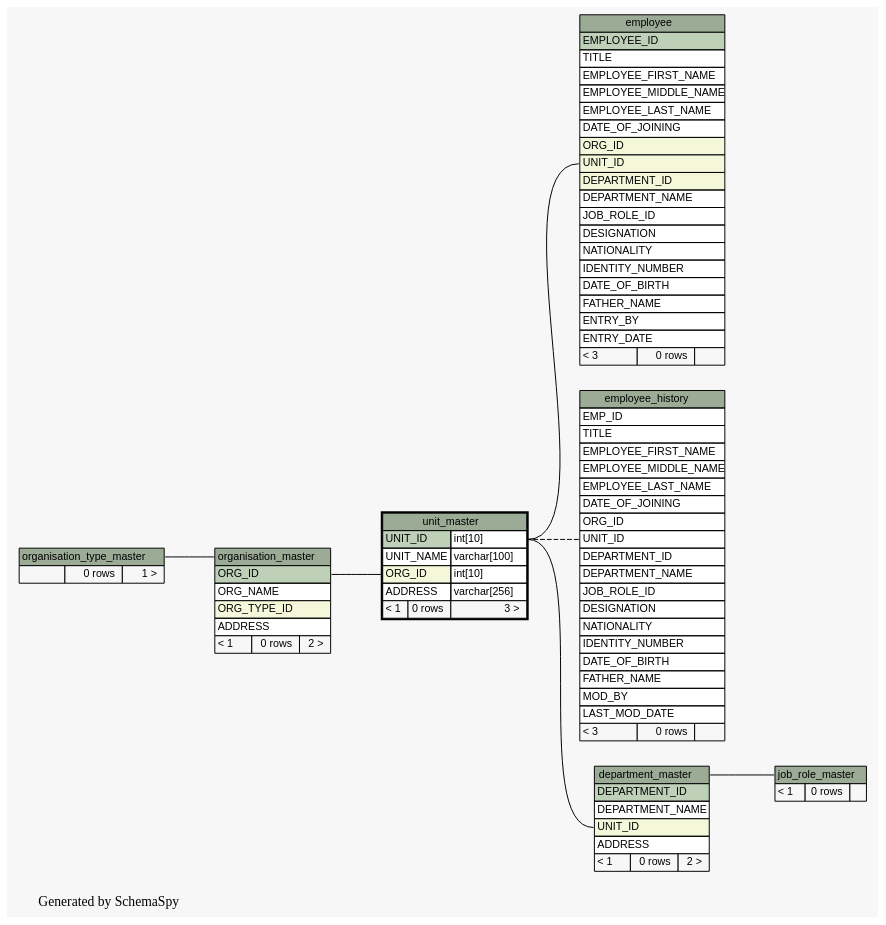
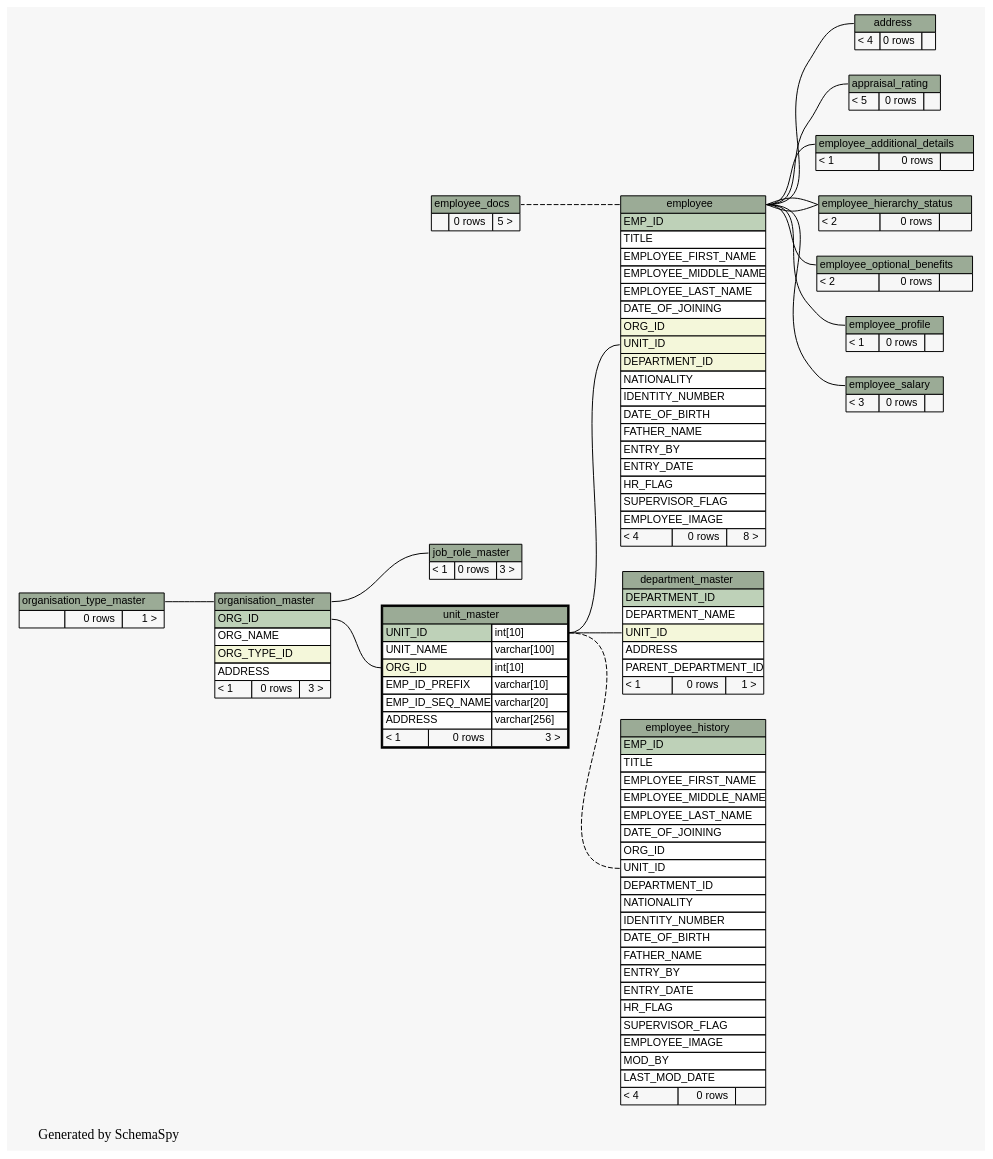
The diagram in docs/database/schemaspy/graphs/unit_master.implied2degrees.dot (engineerscraft/hrms), drawn with Graphviz before and after one commit. The commit also changed 168 other files, not shown here.

Commit message:
Database script modified and schemaspy doc generated

```diff
--- a/docs/database/schemaspy/graphs/unit_master.implied2degrees.dot
+++ b/docs/database/schemaspy/graphs/unit_master.implied2degrees.dot
@@ -14,12 +14,39 @@
   edge [
     arrowsize="0.8"
   ];
+  "address":"address.heading":w -> "employee":"employee.heading":e [arrowtail=tee arrowhead=none];
+  "appraisal_rating":"appraisal_rating.heading":w -> "employee":"employee.heading":e [arrowtail=crowtee arrowhead=none];
   "department_master":"UNIT_ID":w -> "unit_master":"UNIT_ID.type":e [arrowtail=crowodot arrowhead=none];
+  "employee":"employee.heading":w -> "employee_docs":"employee_docs.heading":e [arrowtail=tee arrowhead=none style=dashed];
   "employee":"UNIT_ID":w -> "unit_master":"UNIT_ID.type":e [arrowtail=crowodot arrowhead=none];
+  "employee_additional_details":"employee_additional_details.heading":w -> "employee":"employee.heading":e [arrowtail=tee arrowhead=none];
+  "employee_hierarchy_status":"employee_hierarchy_status.heading":w -> "employee":"employee.heading":e [arrowtail=tee arrowhead=none];
+  "employee_hierarchy_status":"employee_hierarchy_status.heading":w -> "employee":"employee.heading":e [arrowtail=crowodot arrowhead=none];
   "employee_history":"UNIT_ID":w -> "unit_master":"UNIT_ID.type":e [arrowtail=crowodot arrowhead=none style=dashed];
-  "job_role_master":"job_role_master.heading":w -> "department_master":"department_master.heading":e [arrowtail=crowodot arrowhead=none];
+  "employee_optional_benefits":"employee_optional_benefits.heading":w -> "employee":"employee.heading":e [arrowtail=crowodot arrowhead=none];
+  "employee_profile":"employee_profile.heading":w -> "employee":"employee.heading":e [arrowtail=tee arrowhead=none];
+  "employee_salary":"employee_salary.heading":w -> "employee":"employee.heading":e [arrowtail=crowtee arrowhead=none];
+  "job_role_master":"job_role_master.heading":w -> "organisation_master":"organisation_master.heading":e [arrowtail=crowtee arrowhead=none];
   "organisation_master":"organisation_master.heading":w -> "organisation_type_master":"organisation_type_master.heading":e [arrowtail=crowodot arrowhead=none];
   "unit_master":"ORG_ID":w -> "organisation_master":"ORG_ID":e [arrowtail=crowodot arrowhead=none];
+  "address" [
+    label=<
+    <TABLE BORDER="0" CELLBORDER="1" CELLSPACING="0" BGCOLOR="#ffffff">
+      <TR><TD PORT="address.heading" COLSPAN="3" BGCOLOR="#9bab96" ALIGN="CENTER">address</TD></TR>
+      <TR><TD ALIGN="LEFT" BGCOLOR="#f7f7f7">&lt; 4</TD><TD ALIGN="RIGHT" BGCOLOR="#f7f7f7">0 rows</TD><TD ALIGN="RIGHT" BGCOLOR="#f7f7f7">  </TD></TR>
+    </TABLE>>
+    URL="address.html#graph"
+    tooltip="address"
+  ];
+  "appraisal_rating" [
+    label=<
+    <TABLE BORDER="0" CELLBORDER="1" CELLSPACING="0" BGCOLOR="#ffffff">
+      <TR><TD PORT="appraisal_rating.heading" COLSPAN="3" BGCOLOR="#9bab96" ALIGN="CENTER">appraisal_rating</TD></TR>
+      <TR><TD ALIGN="LEFT" BGCOLOR="#f7f7f7">&lt; 5</TD><TD ALIGN="RIGHT" BGCOLOR="#f7f7f7">0 rows</TD><TD ALIGN="RIGHT" BGCOLOR="#f7f7f7">  </TD></TR>
+    </TABLE>>
+    URL="appraisal_rating.html#graph"
+    tooltip="appraisal_rating"
+  ];
   "department_master" [
     label=<
     <TABLE BORDER="0" CELLBORDER="1" CELLSPACING="0" BGCOLOR="#ffffff">
@@ -28,7 +55,8 @@
       <TR><TD PORT="DEPARTMENT_NAME" COLSPAN="3" ALIGN="LEFT">DEPARTMENT_NAME</TD></TR>
       <TR><TD PORT="UNIT_ID" COLSPAN="3" BGCOLOR="#f4f7da" ALIGN="LEFT">UNIT_ID</TD></TR>
       <TR><TD PORT="ADDRESS" COLSPAN="3" ALIGN="LEFT">ADDRESS</TD></TR>
-      <TR><TD ALIGN="LEFT" BGCOLOR="#f7f7f7">&lt; 1</TD><TD ALIGN="RIGHT" BGCOLOR="#f7f7f7">0 rows</TD><TD ALIGN="RIGHT" BGCOLOR="#f7f7f7">2 &gt;</TD></TR>
+      <TR><TD PORT="PARENT_DEPARTMENT_ID" COLSPAN="3" ALIGN="LEFT">PARENT_DEPARTMENT_ID</TD></TR>
+      <TR><TD ALIGN="LEFT" BGCOLOR="#f7f7f7">&lt; 1</TD><TD ALIGN="RIGHT" BGCOLOR="#f7f7f7">0 rows</TD><TD ALIGN="RIGHT" BGCOLOR="#f7f7f7">1 &gt;</TD></TR>
     </TABLE>>
     URL="department_master.html#graph"
     tooltip="department_master"
@@ -37,7 +65,7 @@
     label=<
     <TABLE BORDER="0" CELLBORDER="1" CELLSPACING="0" BGCOLOR="#ffffff">
       <TR><TD PORT="employee.heading" COLSPAN="3" BGCOLOR="#9bab96" ALIGN="CENTER">employee</TD></TR>
-      <TR><TD PORT="EMPLOYEE_ID" COLSPAN="3" BGCOLOR="#bed1b8" ALIGN="LEFT">EMPLOYEE_ID</TD></TR>
+      <TR><TD PORT="EMP_ID" COLSPAN="3" BGCOLOR="#bed1b8" ALIGN="LEFT">EMP_ID</TD></TR>
       <TR><TD PORT="TITLE" COLSPAN="3" ALIGN="LEFT">TITLE</TD></TR>
       <TR><TD PORT="EMPLOYEE_FIRST_NAME" COLSPAN="3" ALIGN="LEFT">EMPLOYEE_FIRST_NAME</TD></TR>
       <TR><TD PORT="EMPLOYEE_MIDDLE_NAME" COLSPAN="3" ALIGN="LEFT">EMPLOYEE_MIDDLE_NAME</TD></TR>
@@ -46,25 +74,52 @@
       <TR><TD PORT="ORG_ID" COLSPAN="3" BGCOLOR="#f4f7da" ALIGN="LEFT">ORG_ID</TD></TR>
       <TR><TD PORT="UNIT_ID" COLSPAN="3" BGCOLOR="#f4f7da" ALIGN="LEFT">UNIT_ID</TD></TR>
       <TR><TD PORT="DEPARTMENT_ID" COLSPAN="3" BGCOLOR="#f4f7da" ALIGN="LEFT">DEPARTMENT_ID</TD></TR>
-      <TR><TD PORT="DEPARTMENT_NAME" COLSPAN="3" ALIGN="LEFT">DEPARTMENT_NAME</TD></TR>
-      <TR><TD PORT="JOB_ROLE_ID" COLSPAN="3" ALIGN="LEFT">JOB_ROLE_ID</TD></TR>
-      <TR><TD PORT="DESIGNATION" COLSPAN="3" ALIGN="LEFT">DESIGNATION</TD></TR>
       <TR><TD PORT="NATIONALITY" COLSPAN="3" ALIGN="LEFT">NATIONALITY</TD></TR>
       <TR><TD PORT="IDENTITY_NUMBER" COLSPAN="3" ALIGN="LEFT">IDENTITY_NUMBER</TD></TR>
       <TR><TD PORT="DATE_OF_BIRTH" COLSPAN="3" ALIGN="LEFT">DATE_OF_BIRTH</TD></TR>
       <TR><TD PORT="FATHER_NAME" COLSPAN="3" ALIGN="LEFT">FATHER_NAME</TD></TR>
       <TR><TD PORT="ENTRY_BY" COLSPAN="3" ALIGN="LEFT">ENTRY_BY</TD></TR>
       <TR><TD PORT="ENTRY_DATE" COLSPAN="3" ALIGN="LEFT">ENTRY_DATE</TD></TR>
-      <TR><TD ALIGN="LEFT" BGCOLOR="#f7f7f7">&lt; 3</TD><TD ALIGN="RIGHT" BGCOLOR="#f7f7f7">0 rows</TD><TD ALIGN="RIGHT" BGCOLOR="#f7f7f7">  </TD></TR>
+      <TR><TD PORT="HR_FLAG" COLSPAN="3" ALIGN="LEFT">HR_FLAG</TD></TR>
+      <TR><TD PORT="SUPERVISOR_FLAG" COLSPAN="3" ALIGN="LEFT">SUPERVISOR_FLAG</TD></TR>
+      <TR><TD PORT="EMPLOYEE_IMAGE" COLSPAN="3" ALIGN="LEFT">EMPLOYEE_IMAGE</TD></TR>
+      <TR><TD ALIGN="LEFT" BGCOLOR="#f7f7f7">&lt; 4</TD><TD ALIGN="RIGHT" BGCOLOR="#f7f7f7">0 rows</TD><TD ALIGN="RIGHT" BGCOLOR="#f7f7f7">8 &gt;</TD></TR>
     </TABLE>>
     URL="employee.html#graph"
     tooltip="employee"
+  ];
+  "employee_additional_details" [
+    label=<
+    <TABLE BORDER="0" CELLBORDER="1" CELLSPACING="0" BGCOLOR="#ffffff">
+      <TR><TD PORT="employee_additional_details.heading" COLSPAN="3" BGCOLOR="#9bab96" ALIGN="CENTER">employee_additional_details</TD></TR>
+      <TR><TD ALIGN="LEFT" BGCOLOR="#f7f7f7">&lt; 1</TD><TD ALIGN="RIGHT" BGCOLOR="#f7f7f7">0 rows</TD><TD ALIGN="RIGHT" BGCOLOR="#f7f7f7">  </TD></TR>
+    </TABLE>>
+    URL="employee_additional_details.html#graph"
+    tooltip="employee_additional_details"
+  ];
+  "employee_docs" [
+    label=<
+    <TABLE BORDER="0" CELLBORDER="1" CELLSPACING="0" BGCOLOR="#ffffff">
+      <TR><TD PORT="employee_docs.heading" COLSPAN="3" BGCOLOR="#9bab96" ALIGN="CENTER">employee_docs</TD></TR>
+      <TR><TD ALIGN="LEFT" BGCOLOR="#f7f7f7">  </TD><TD ALIGN="RIGHT" BGCOLOR="#f7f7f7">0 rows</TD><TD ALIGN="RIGHT" BGCOLOR="#f7f7f7">5 &gt;</TD></TR>
+    </TABLE>>
+    URL="employee_docs.html#graph"
+    tooltip="employee_docs"
+  ];
+  "employee_hierarchy_status" [
+    label=<
+    <TABLE BORDER="0" CELLBORDER="1" CELLSPACING="0" BGCOLOR="#ffffff">
+      <TR><TD PORT="employee_hierarchy_status.heading" COLSPAN="3" BGCOLOR="#9bab96" ALIGN="CENTER">employee_hierarchy_status</TD></TR>
+      <TR><TD ALIGN="LEFT" BGCOLOR="#f7f7f7">&lt; 2</TD><TD ALIGN="RIGHT" BGCOLOR="#f7f7f7">0 rows</TD><TD ALIGN="RIGHT" BGCOLOR="#f7f7f7">  </TD></TR>
+    </TABLE>>
+    URL="employee_hierarchy_status.html#graph"
+    tooltip="employee_hierarchy_status"
   ];
   "employee_history" [
     label=<
     <TABLE BORDER="0" CELLBORDER="1" CELLSPACING="0" BGCOLOR="#ffffff">
       <TR><TD PORT="employee_history.heading" COLSPAN="3" BGCOLOR="#9bab96" ALIGN="CENTER">employee_history</TD></TR>
-      <TR><TD PORT="EMP_ID" COLSPAN="3" ALIGN="LEFT">EMP_ID</TD></TR>
+      <TR><TD PORT="EMP_ID" COLSPAN="3" BGCOLOR="#bed1b8" ALIGN="LEFT">EMP_ID</TD></TR>
       <TR><TD PORT="TITLE" COLSPAN="3" ALIGN="LEFT">TITLE</TD></TR>
       <TR><TD PORT="EMPLOYEE_FIRST_NAME" COLSPAN="3" ALIGN="LEFT">EMPLOYEE_FIRST_NAME</TD></TR>
       <TR><TD PORT="EMPLOYEE_MIDDLE_NAME" COLSPAN="3" ALIGN="LEFT">EMPLOYEE_MIDDLE_NAME</TD></TR>
@@ -73,25 +128,54 @@
       <TR><TD PORT="ORG_ID" COLSPAN="3" ALIGN="LEFT">ORG_ID</TD></TR>
       <TR><TD PORT="UNIT_ID" COLSPAN="3" ALIGN="LEFT">UNIT_ID</TD></TR>
       <TR><TD PORT="DEPARTMENT_ID" COLSPAN="3" ALIGN="LEFT">DEPARTMENT_ID</TD></TR>
-      <TR><TD PORT="DEPARTMENT_NAME" COLSPAN="3" ALIGN="LEFT">DEPARTMENT_NAME</TD></TR>
-      <TR><TD PORT="JOB_ROLE_ID" COLSPAN="3" ALIGN="LEFT">JOB_ROLE_ID</TD></TR>
-      <TR><TD PORT="DESIGNATION" COLSPAN="3" ALIGN="LEFT">DESIGNATION</TD></TR>
       <TR><TD PORT="NATIONALITY" COLSPAN="3" ALIGN="LEFT">NATIONALITY</TD></TR>
       <TR><TD PORT="IDENTITY_NUMBER" COLSPAN="3" ALIGN="LEFT">IDENTITY_NUMBER</TD></TR>
       <TR><TD PORT="DATE_OF_BIRTH" COLSPAN="3" ALIGN="LEFT">DATE_OF_BIRTH</TD></TR>
       <TR><TD PORT="FATHER_NAME" COLSPAN="3" ALIGN="LEFT">FATHER_NAME</TD></TR>
+      <TR><TD PORT="ENTRY_BY" COLSPAN="3" ALIGN="LEFT">ENTRY_BY</TD></TR>
+      <TR><TD PORT="ENTRY_DATE" COLSPAN="3" ALIGN="LEFT">ENTRY_DATE</TD></TR>
+      <TR><TD PORT="HR_FLAG" COLSPAN="3" ALIGN="LEFT">HR_FLAG</TD></TR>
+      <TR><TD PORT="SUPERVISOR_FLAG" COLSPAN="3" ALIGN="LEFT">SUPERVISOR_FLAG</TD></TR>
+      <TR><TD PORT="EMPLOYEE_IMAGE" COLSPAN="3" ALIGN="LEFT">EMPLOYEE_IMAGE</TD></TR>
       <TR><TD PORT="MOD_BY" COLSPAN="3" ALIGN="LEFT">MOD_BY</TD></TR>
       <TR><TD PORT="LAST_MOD_DATE" COLSPAN="3" ALIGN="LEFT">LAST_MOD_DATE</TD></TR>
-      <TR><TD ALIGN="LEFT" BGCOLOR="#f7f7f7">&lt; 3</TD><TD ALIGN="RIGHT" BGCOLOR="#f7f7f7">0 rows</TD><TD ALIGN="RIGHT" BGCOLOR="#f7f7f7">  </TD></TR>
+      <TR><TD ALIGN="LEFT" BGCOLOR="#f7f7f7">&lt; 4</TD><TD ALIGN="RIGHT" BGCOLOR="#f7f7f7">0 rows</TD><TD ALIGN="RIGHT" BGCOLOR="#f7f7f7">  </TD></TR>
     </TABLE>>
     URL="employee_history.html#graph"
     tooltip="employee_history"
+  ];
+  "employee_optional_benefits" [
+    label=<
+    <TABLE BORDER="0" CELLBORDER="1" CELLSPACING="0" BGCOLOR="#ffffff">
+      <TR><TD PORT="employee_optional_benefits.heading" COLSPAN="3" BGCOLOR="#9bab96" ALIGN="CENTER">employee_optional_benefits</TD></TR>
+      <TR><TD ALIGN="LEFT" BGCOLOR="#f7f7f7">&lt; 2</TD><TD ALIGN="RIGHT" BGCOLOR="#f7f7f7">0 rows</TD><TD ALIGN="RIGHT" BGCOLOR="#f7f7f7">  </TD></TR>
+    </TABLE>>
+    URL="employee_optional_benefits.html#graph"
+    tooltip="employee_optional_benefits"
+  ];
+  "employee_profile" [
+    label=<
+    <TABLE BORDER="0" CELLBORDER="1" CELLSPACING="0" BGCOLOR="#ffffff">
+      <TR><TD PORT="employee_profile.heading" COLSPAN="3" BGCOLOR="#9bab96" ALIGN="CENTER">employee_profile</TD></TR>
+      <TR><TD ALIGN="LEFT" BGCOLOR="#f7f7f7">&lt; 1</TD><TD ALIGN="RIGHT" BGCOLOR="#f7f7f7">0 rows</TD><TD ALIGN="RIGHT" BGCOLOR="#f7f7f7">  </TD></TR>
+    </TABLE>>
+    URL="employee_profile.html#graph"
+    tooltip="employee_profile"
+  ];
+  "employee_salary" [
+    label=<
+    <TABLE BORDER="0" CELLBORDER="1" CELLSPACING="0" BGCOLOR="#ffffff">
+      <TR><TD PORT="employee_salary.heading" COLSPAN="3" BGCOLOR="#9bab96" ALIGN="CENTER">employee_salary</TD></TR>
+      <TR><TD ALIGN="LEFT" BGCOLOR="#f7f7f7">&lt; 3</TD><TD ALIGN="RIGHT" BGCOLOR="#f7f7f7">0 rows</TD><TD ALIGN="RIGHT" BGCOLOR="#f7f7f7">  </TD></TR>
+    </TABLE>>
+    URL="employee_salary.html#graph"
+    tooltip="employee_salary"
   ];
   "job_role_master" [
     label=<
     <TABLE BORDER="0" CELLBORDER="1" CELLSPACING="0" BGCOLOR="#ffffff">
       <TR><TD PORT="job_role_master.heading" COLSPAN="3" BGCOLOR="#9bab96" ALIGN="CENTER">job_role_master</TD></TR>
-      <TR><TD ALIGN="LEFT" BGCOLOR="#f7f7f7">&lt; 1</TD><TD ALIGN="RIGHT" BGCOLOR="#f7f7f7">0 rows</TD><TD ALIGN="RIGHT" BGCOLOR="#f7f7f7">  </TD></TR>
+      <TR><TD ALIGN="LEFT" BGCOLOR="#f7f7f7">&lt; 1</TD><TD ALIGN="RIGHT" BGCOLOR="#f7f7f7">0 rows</TD><TD ALIGN="RIGHT" BGCOLOR="#f7f7f7">3 &gt;</TD></TR>
     </TABLE>>
     URL="job_role_master.html#graph"
     tooltip="job_role_master"
@@ -104,7 +188,7 @@
       <TR><TD PORT="ORG_NAME" COLSPAN="3" ALIGN="LEFT">ORG_NAME</TD></TR>
       <TR><TD PORT="ORG_TYPE_ID" COLSPAN="3" BGCOLOR="#f4f7da" ALIGN="LEFT">ORG_TYPE_ID</TD></TR>
       <TR><TD PORT="ADDRESS" COLSPAN="3" ALIGN="LEFT">ADDRESS</TD></TR>
-      <TR><TD ALIGN="LEFT" BGCOLOR="#f7f7f7">&lt; 1</TD><TD ALIGN="RIGHT" BGCOLOR="#f7f7f7">0 rows</TD><TD ALIGN="RIGHT" BGCOLOR="#f7f7f7">2 &gt;</TD></TR>
+      <TR><TD ALIGN="LEFT" BGCOLOR="#f7f7f7">&lt; 1</TD><TD ALIGN="RIGHT" BGCOLOR="#f7f7f7">0 rows</TD><TD ALIGN="RIGHT" BGCOLOR="#f7f7f7">3 &gt;</TD></TR>
     </TABLE>>
     URL="organisation_master.html#graph"
     tooltip="organisation_master"
@@ -125,6 +209,8 @@
       <TR><TD PORT="UNIT_ID" COLSPAN="2" BGCOLOR="#bed1b8" ALIGN="LEFT">UNIT_ID</TD><TD PORT="UNIT_ID.type" ALIGN="LEFT">int[10]</TD></TR>
       <TR><TD PORT="UNIT_NAME" COLSPAN="2" ALIGN="LEFT">UNIT_NAME</TD><TD PORT="UNIT_NAME.type" ALIGN="LEFT">varchar[100]</TD></TR>
       <TR><TD PORT="ORG_ID" COLSPAN="2" BGCOLOR="#f4f7da" ALIGN="LEFT">ORG_ID</TD><TD PORT="ORG_ID.type" ALIGN="LEFT">int[10]</TD></TR>
+      <TR><TD PORT="EMP_ID_PREFIX" COLSPAN="2" ALIGN="LEFT">EMP_ID_PREFIX</TD><TD PORT="EMP_ID_PREFIX.type" ALIGN="LEFT">varchar[10]</TD></TR>
+      <TR><TD PORT="EMP_ID_SEQ_NAME" COLSPAN="2" ALIGN="LEFT">EMP_ID_SEQ_NAME</TD><TD PORT="EMP_ID_SEQ_NAME.type" ALIGN="LEFT">varchar[20]</TD></TR>
       <TR><TD PORT="ADDRESS" COLSPAN="2" ALIGN="LEFT">ADDRESS</TD><TD PORT="ADDRESS.type" ALIGN="LEFT">varchar[256]</TD></TR>
       <TR><TD ALIGN="LEFT" BGCOLOR="#f7f7f7">&lt; 1</TD><TD ALIGN="RIGHT" BGCOLOR="#f7f7f7">0 rows</TD><TD ALIGN="RIGHT" BGCOLOR="#f7f7f7">3 &gt;</TD></TR>
     </TABLE>>
```
